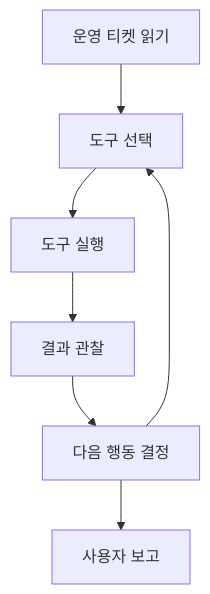
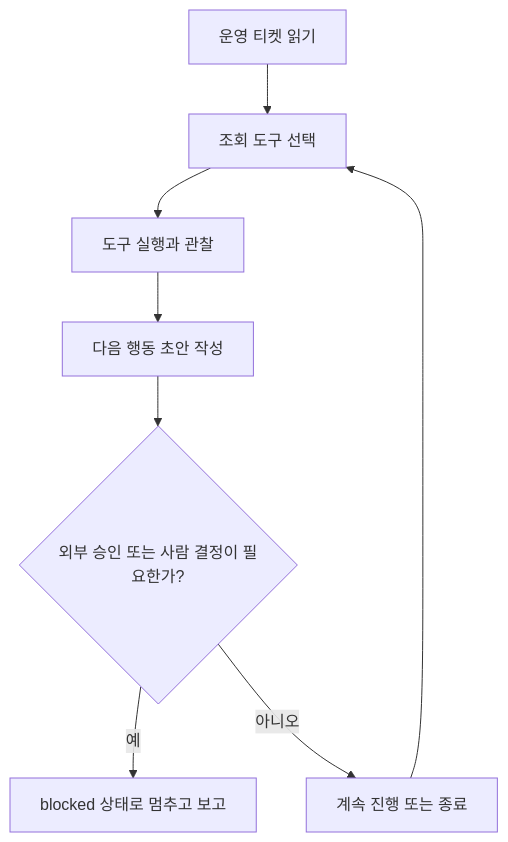
Before and after one commit to devchan64/AiBook: the diagram in docs/parts/part-07/chapter-06/section-01.md, drawn with Mermaid. The commit also changed other lines of this file and 18 other files, not shown here.

````diff
--- a/docs/parts/part-07/chapter-06/section-01.md
+++ b/docs/parts/part-07/chapter-06/section-01.md
@@ -64,13 +59,15 @@
 ```mermaid
 flowchart TD
   A["운영 티켓 읽기"]
-  B["도구 선택"]
-  C["도구 실행"]
-  D["결과 관찰"]
-  E["다음 행동 결정"]
-  F["사용자 보고"]
+  B["조회 도구 선택"]
+  C["도구 실행과 관찰"]
+  D["다음 행동 초안 작성"]
+  E{"외부 승인 또는 사람 결정이 필요한가?"}
+  F["blocked 상태로 멈추고 보고"]
+  G["계속 진행 또는 종료"]
 
   A --> B --> C --> D --> E
-  E --> B
-  E --> F
+  E -- 예 --> F
+  E -- 아니오 --> G
+  G --> B
 ```
````
